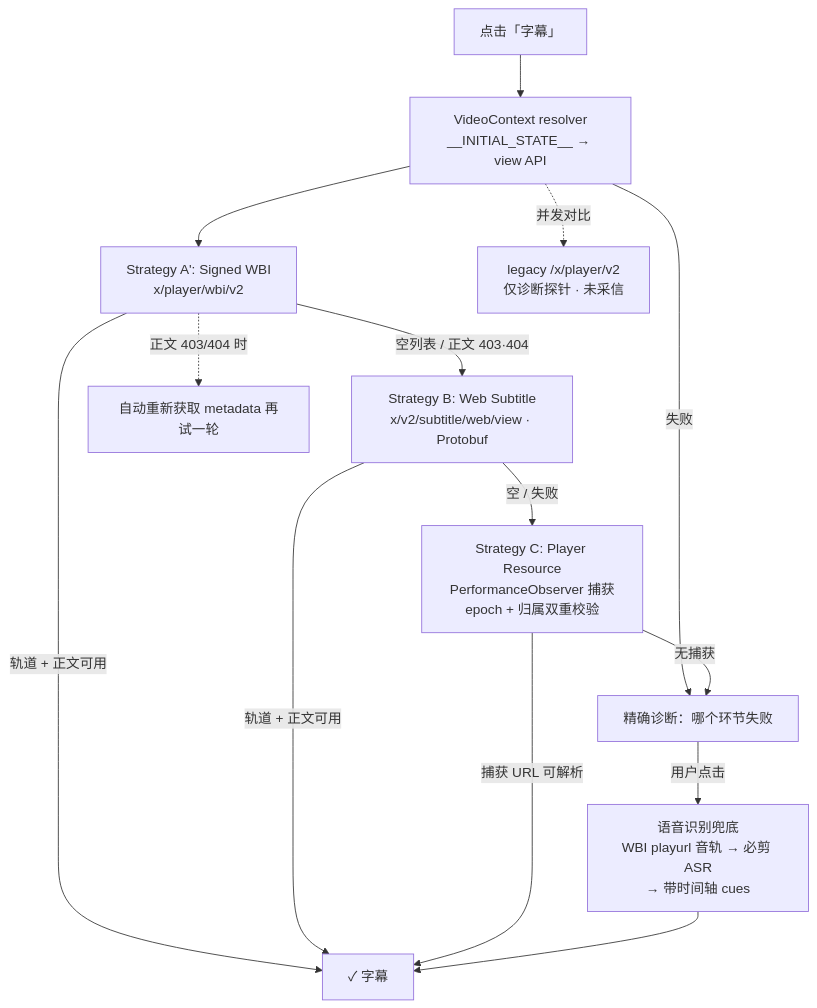
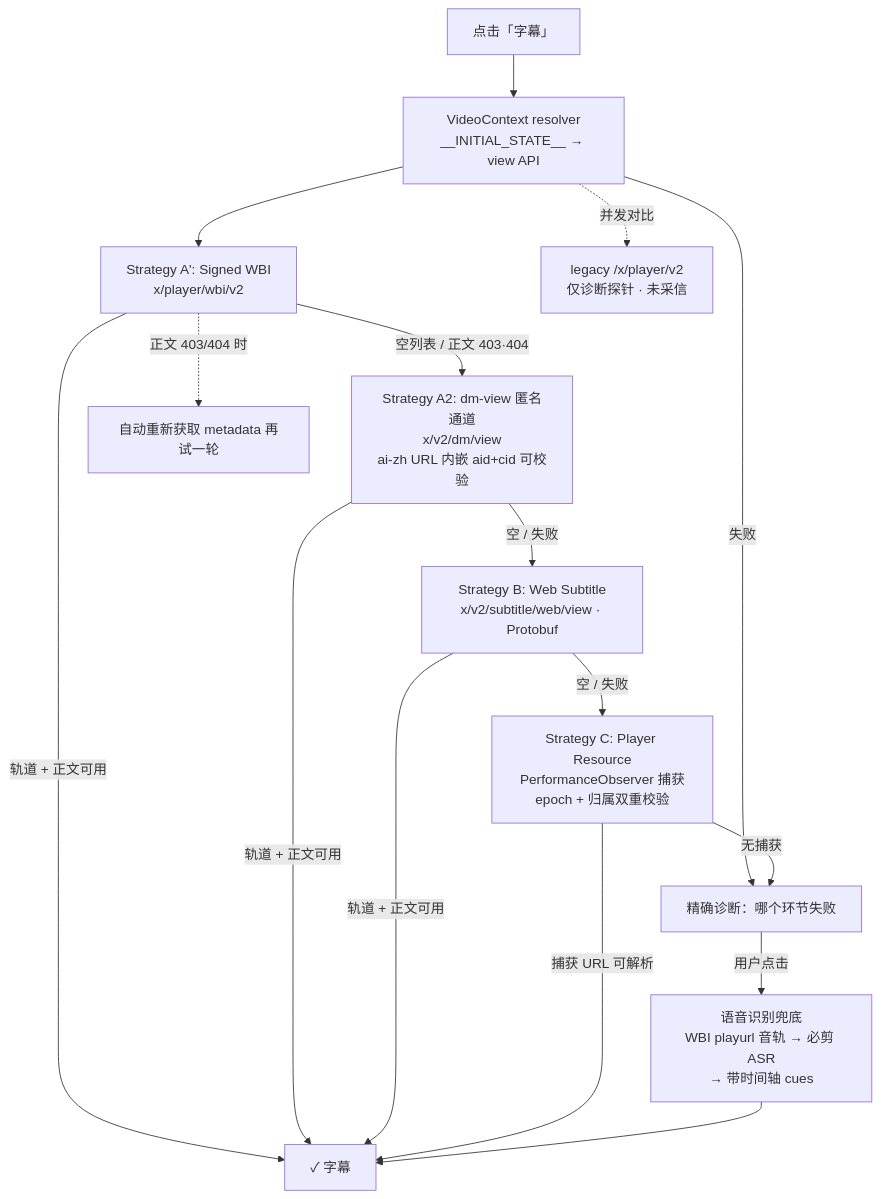
Before and after one commit to ymt200120/bili-subtitle: the diagram in README.md, drawn with Mermaid. The commit also changed other lines of this file and 11 other files, not shown here.

````diff
--- a/README.md
+++ b/README.md
@@ -67,17 +67,19 @@
 ```mermaid
 flowchart TD
     A[点击「字幕」] --> B[VideoContext resolver<br/>__INITIAL_STATE__ → view API]
     B -->|失败| Z[精确诊断：哪个环节失败]
     B --> A1[Strategy A': Signed WBI<br/>x/player/wbi/v2]
     A1 -->|轨道 + 正文可用| OK[✓ 字幕]
-    A1 -->|空列表 / 正文 403·404| D[Strategy B: Web Subtitle<br/>x/v2/subtitle/web/view · Protobuf]
+    A1 -->|空列表 / 正文 403·404| A2N[Strategy A2: dm-view 匿名通道<br/>x/v2/dm/view<br/>ai-zh URL 内嵌 aid+cid 可校验]
+    A2N -->|轨道 + 正文可用| OK
+    A2N -->|空 / 失败| D[Strategy B: Web Subtitle<br/>x/v2/subtitle/web/view · Protobuf]
     D -->|轨道 + 正文可用| OK
     D -->|空 / 失败| E[Strategy C: Player Resource<br/>PerformanceObserver 捕获<br/>epoch + 归属双重校验]
     E -->|捕获 URL 可解析| OK
     E -->|无捕获| Z
     Z -->|用户点击| ASR[语音识别兜底<br/>WBI playurl 音轨 → 必剪 ASR<br/>→ 带时间轴 cues]
     ASR --> OK
     A1 -.正文 403/404 时.-> A2[自动重新获取 metadata 再试一轮]
     L[legacy /x/player/v2<br/>仅诊断探针 · 未采信]
     B -.并发对比.-> L
 ```
````
